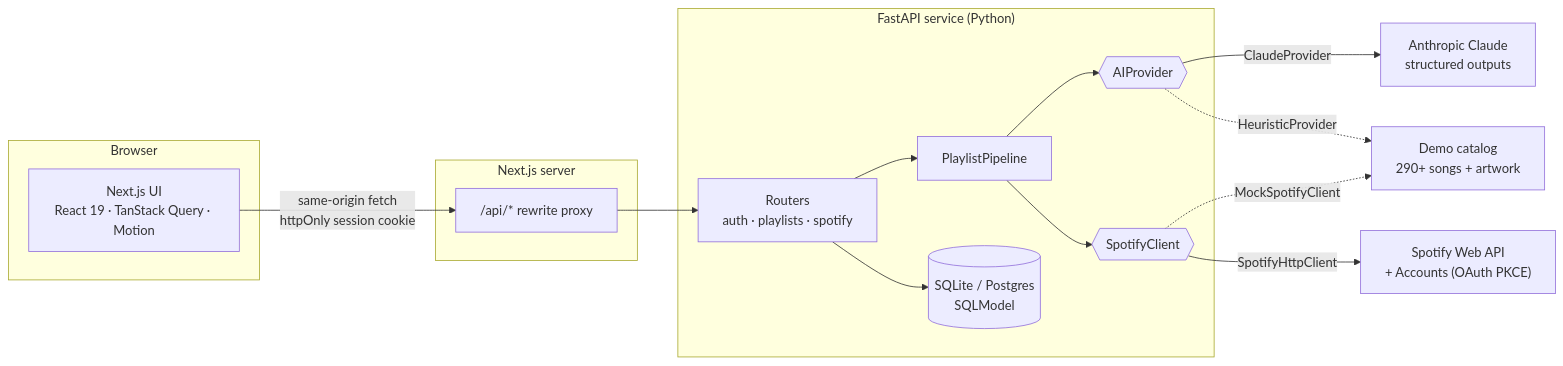
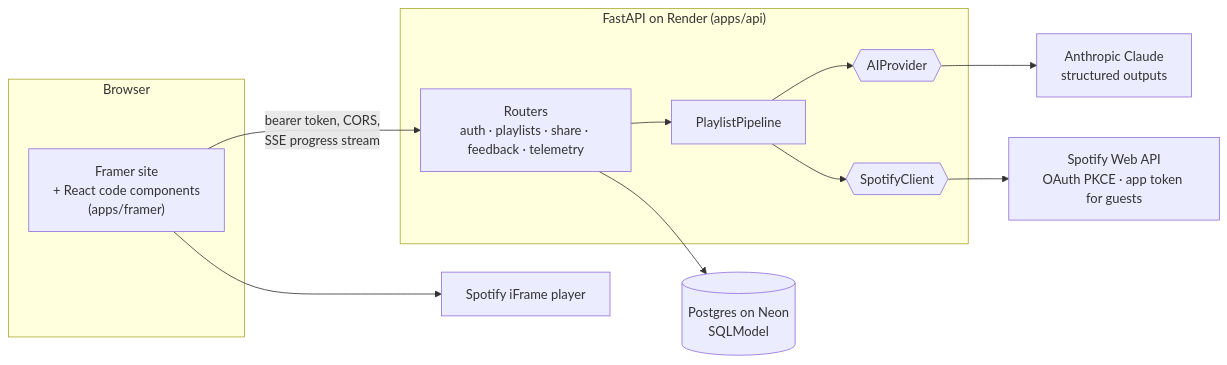
The first of 2 diagrams in README.md (lordflaxko/moodwave), drawn with Mermaid before and after one commit. The commit also changed other lines of this file and 10 other files, not shown here.

````diff
--- a/README.md
+++ b/README.md
@@ -154,29 +64,22 @@
 ```mermaid
 flowchart LR
     subgraph Browser
-      UI["Next.js UI<br/>React 19 · TanStack Query · Motion"]
+      Site["Framer site<br/>+ React code components<br/>(apps/framer)"]
     end
-    subgraph Web["Next.js server"]
-      RW["/api/* rewrite proxy"]
-    end
-    subgraph API["FastAPI service (Python)"]
-      R["Routers<br/>auth · playlists · spotify"]
+    subgraph Render["FastAPI on Render (apps/api)"]
+      R["Routers<br/>auth · playlists · share · feedback · telemetry"]
       P["PlaylistPipeline"]
       AI{{"AIProvider"}}
       SP{{"SpotifyClient"}}
-      DB[("SQLite / Postgres<br/>SQLModel")]
     end
+    DB[("Postgres on Neon<br/>SQLModel")]
     Claude["Anthropic Claude<br/>structured outputs"]
-    Spotify["Spotify Web API<br/>+ Accounts (OAuth PKCE)"]
-    Catalog["Demo catalog<br/>290+ songs + artwork"]
+    Spotify["Spotify Web API<br/>OAuth PKCE · app token for guests"]
+    Embed["Spotify iFrame player"]
 
-    UI -- "same-origin fetch<br/>httpOnly session cookie" --> RW --> R
-    R --> P
-    P --> AI
-    P --> SP
+    Site -- "bearer token, CORS,<br/>SSE progress stream" --> R
+    Site --> Embed
+    R --> P --> AI --> Claude
+    P --> SP --> Spotify
     R --> DB
-    AI -- ClaudeProvider --> Claude
-    AI -. HeuristicProvider .-> Catalog
-    SP -- SpotifyHttpClient --> Spotify
-    SP -. MockSpotifyClient .-> Catalog
 ```
````
